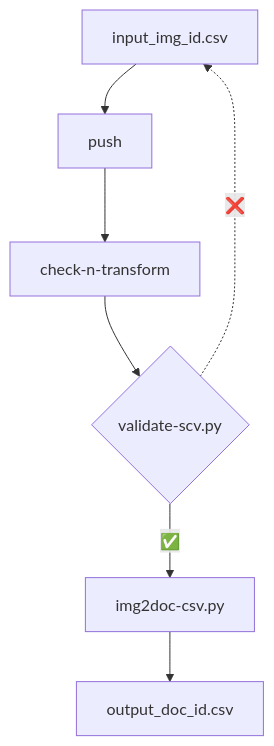
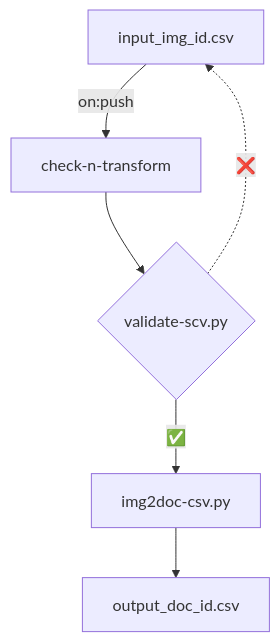
The first of 2 diagrams in README.md (auden-in-austria-digital/aad-data), drawn with Mermaid before and after one commit. The commit also changed other lines of this file, not shown here.

````diff
--- a/README.md
+++ b/README.md
@@ -16,9 +16,8 @@
 ```mermaid
 flowchart TD;
-    input_img_id.csv-->push;
-    push-->check-n-transform;
+    input_img_id.csv-->|on:push| check-n-transform;
     check-n-transform-->A{validate-scv.py};
     A-->|#9989;| img2doc-csv.py;
     img2doc-csv.py-->output_doc_id.csv;
     A-. #10060; .->input_img_id.csv;
 ```
````
